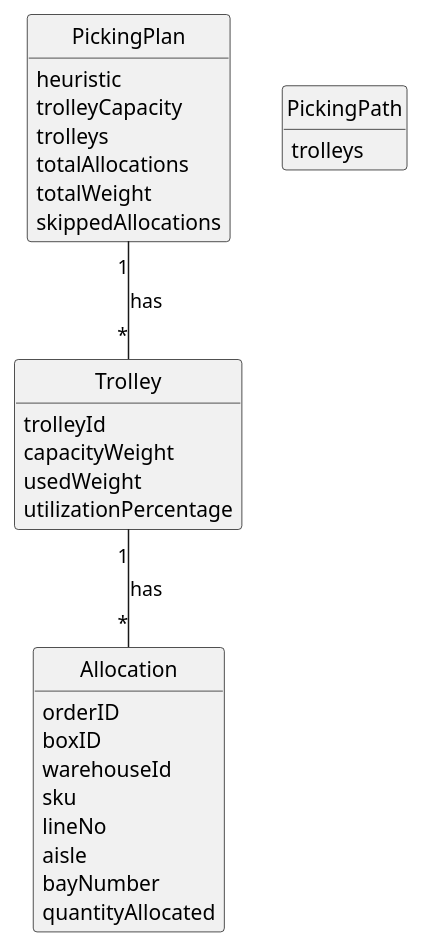
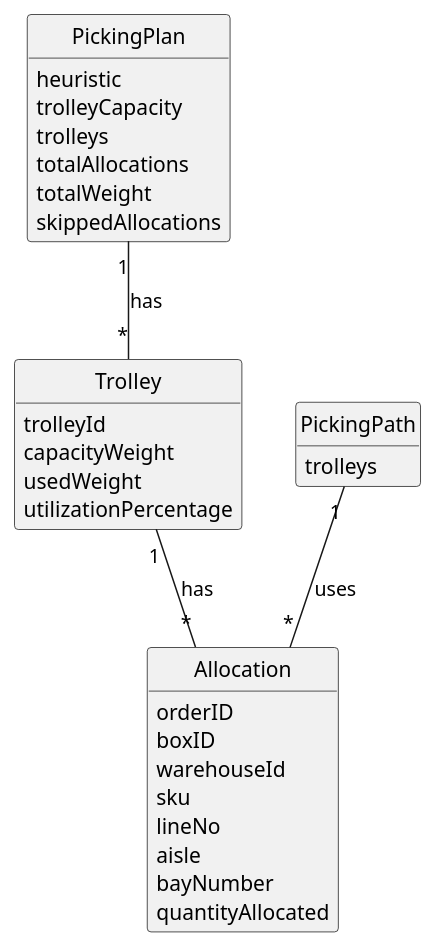
The diagram in doc/sprint-1/usei04/02.analysis/pml/USEI04-DM.puml (ivasduarte/logistics-on-rails), drawn with PlantUML before and after one commit. The commit also changed 1 other file, not shown here.

```diff
--- a/doc/sprint-1/usei04/02.analysis/pml/USEI04-DM.puml
+++ b/doc/sprint-1/usei04/02.analysis/pml/USEI04-DM.puml
@@ -1,43 +1,44 @@
 @startuml
 skinparam monochrome true
 skinparam packageStyle rectangle
 skinparam classAttributeIconSize 0
 
 hide circle
 hide methods
 
 class PickingPlan {
     heuristic
     trolleyCapacity
     trolleys
     totalAllocations
     totalWeight
     skippedAllocations
 }
 
 class Trolley {
     trolleyId
     capacityWeight
     usedWeight
     utilizationPercentage
 }
 
 class Allocation {
     orderID
     boxID
     warehouseId
     sku
     lineNo
     aisle
     bayNumber
     quantityAllocated
 }
 
 class PickingPath {
     trolleys
 }
 
 PickingPlan "1" -- "*" Trolley : has
 Trolley "1" -- "*" Allocation : has
+PickingPath "1" -- "*" Allocation : uses
 
 @enduml
```
